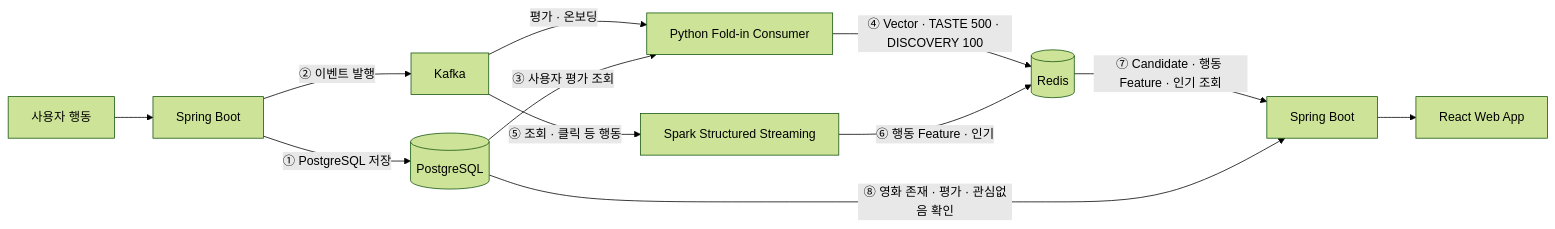
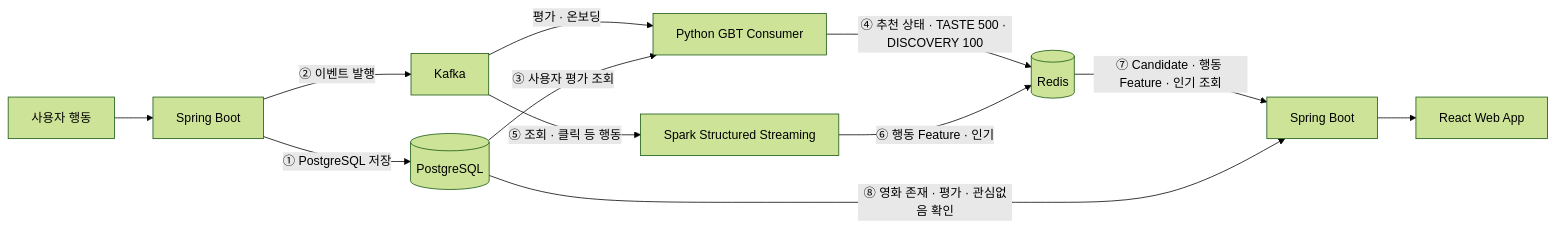
The diagram in docs/api/streaming-contract.md (koongya-studio/feelm), drawn with Mermaid (forest theme) before and after one commit. The commit also changed other lines of this file and 20 other files, not shown here.

````diff
--- a/docs/api/streaming-contract.md
+++ b/docs/api/streaming-contract.md
@@ -14,14 +14,14 @@
 ```mermaid
 flowchart LR
     U["사용자 행동"] --> BE1["Spring Boot"]
     BE1 -->|"① PostgreSQL 저장"| PG[("PostgreSQL")]
     BE1 -->|"② 이벤트 발행"| KF["Kafka"]
-    KF -->|"평가 · 온보딩"| PC["Python Fold-in Consumer"]
+    KF -->|"평가 · 온보딩"| PC["Python GBT Consumer"]
     PG -->|"③ 사용자 평가 조회"| PC
-    PC -->|"④ Vector · TASTE 500 · DISCOVERY 100"| RD[("Redis")]
+    PC -->|"④ 추천 상태 · TASTE 500 · DISCOVERY 100"| RD[("Redis")]
     KF -->|"⑤ 조회 · 클릭 등 행동"| SS["Spark Structured Streaming"]
     SS -->|"⑥ 행동 Feature · 인기"| RD
     RD -->|"⑦ Candidate · 행동 Feature · 인기 조회"| BE2["Spring Boot"]
     PG -->|"⑧ 영화 존재 · 평가 · 관심없음 확인"| BE2
     BE2 --> FE["React Web App"]
 ```
````
